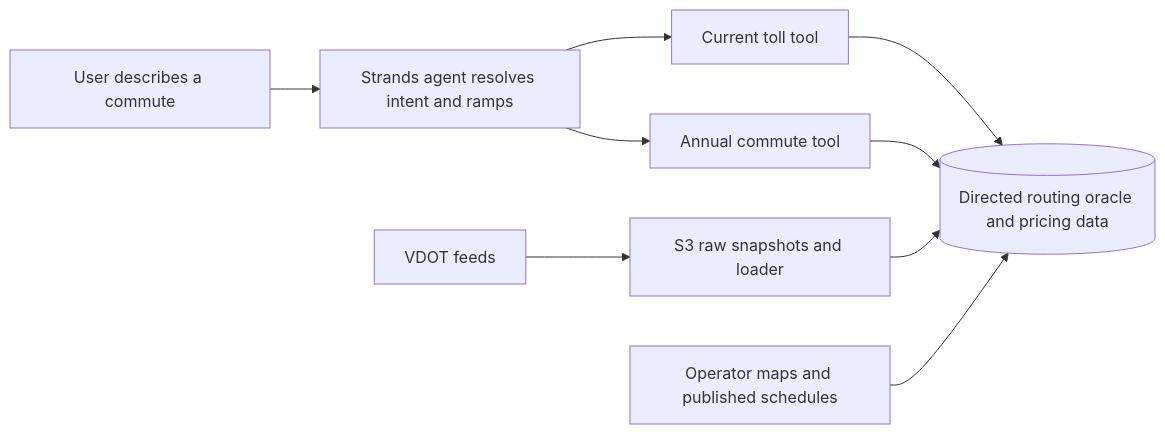
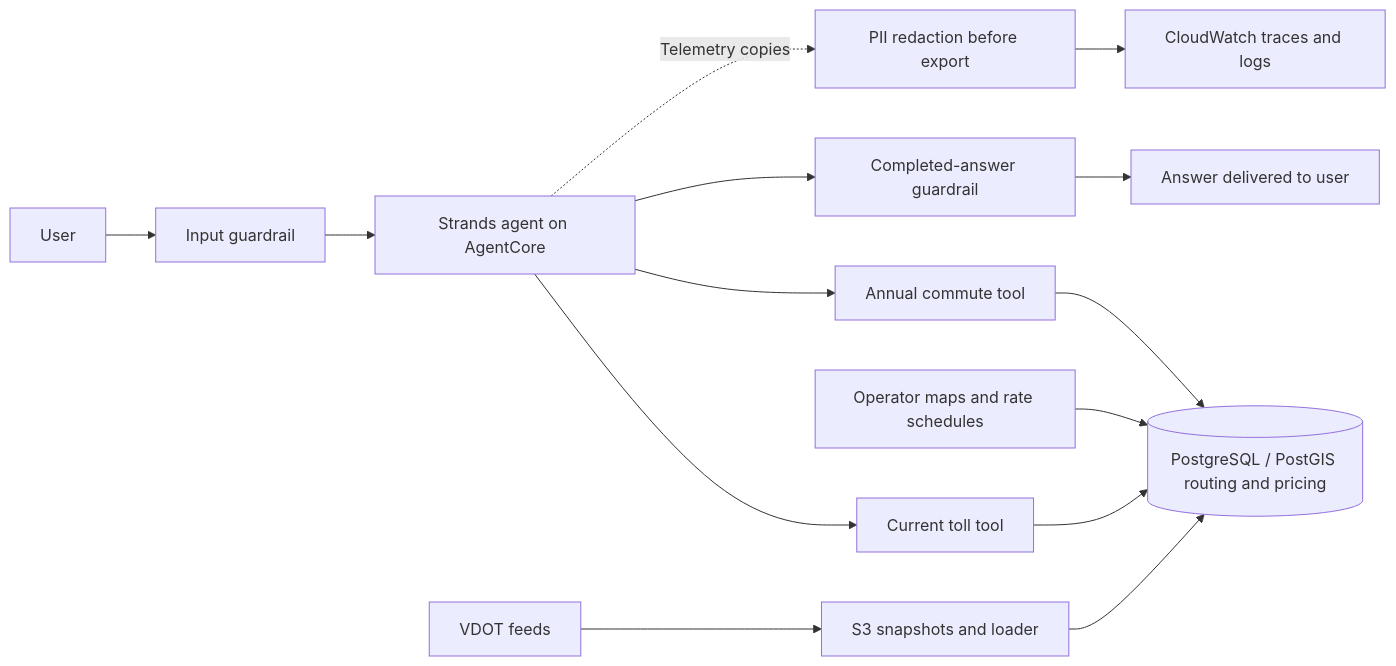
One commit to rhprasad0/nova-toll-budget-agent changed the diagram in README.md. Above: the diagram before and after it, drawn with Mermaid. The commit also changed other lines of this file and 2 other files, not shown here.

````diff
--- a/README.md
+++ b/README.md
@@ -84,10 +36,14 @@
 ```mermaid
 flowchart LR
-    U[User describes a commute] --> A[Strands agent resolves intent and ramps]
+    U[User] --> I[Input guardrail]
+    I --> A[Strands agent on AgentCore]
     A --> C[Current toll tool]
     A --> B[Annual commute tool]
-    C --> O[(Directed routing oracle and pricing data)]
+    C --> O[(PostgreSQL / PostGIS routing and pricing)]
     B --> O
-    V[VDOT feeds] --> S[S3 raw snapshots and loader] --> O
-    P[Operator maps and published schedules] --> O
+    V[VDOT feeds] --> S[S3 snapshots and loader] --> O
+    P[Operator maps and rate schedules] --> O
+    A --> G[Completed-answer guardrail] --> R[Answer delivered to user]
+    A -. Telemetry copies .-> T[PII redaction before export]
+    T --> L[CloudWatch traces and logs]
 ```
````
